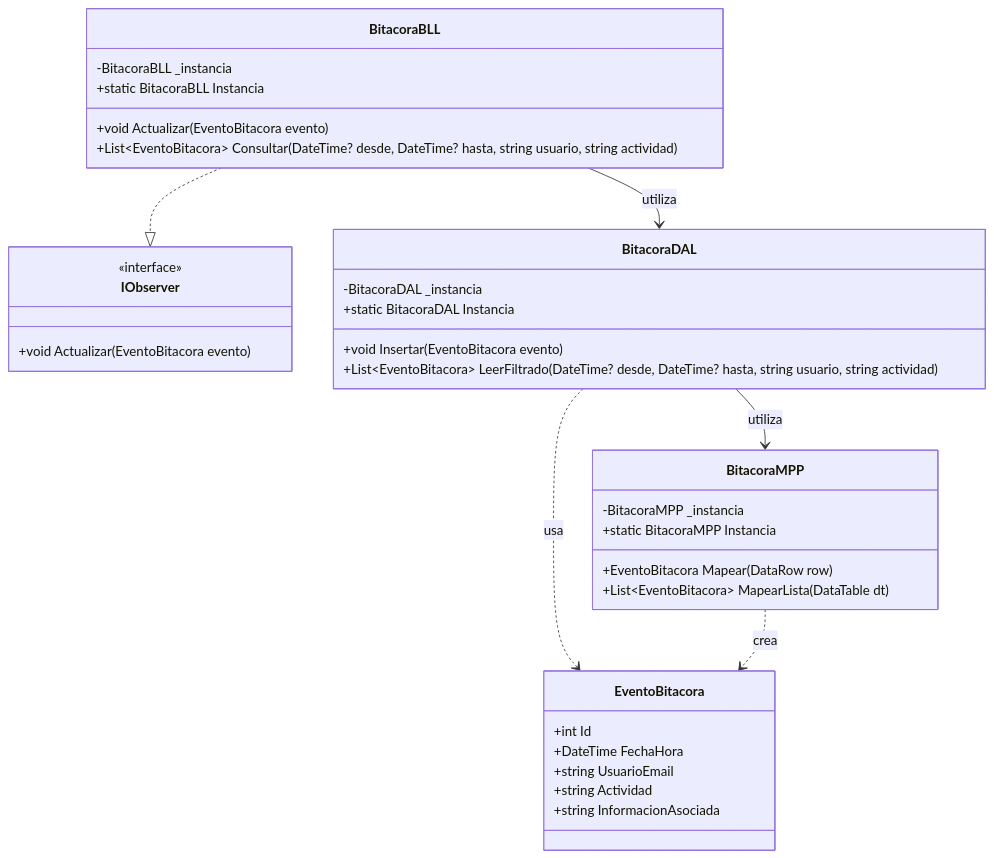
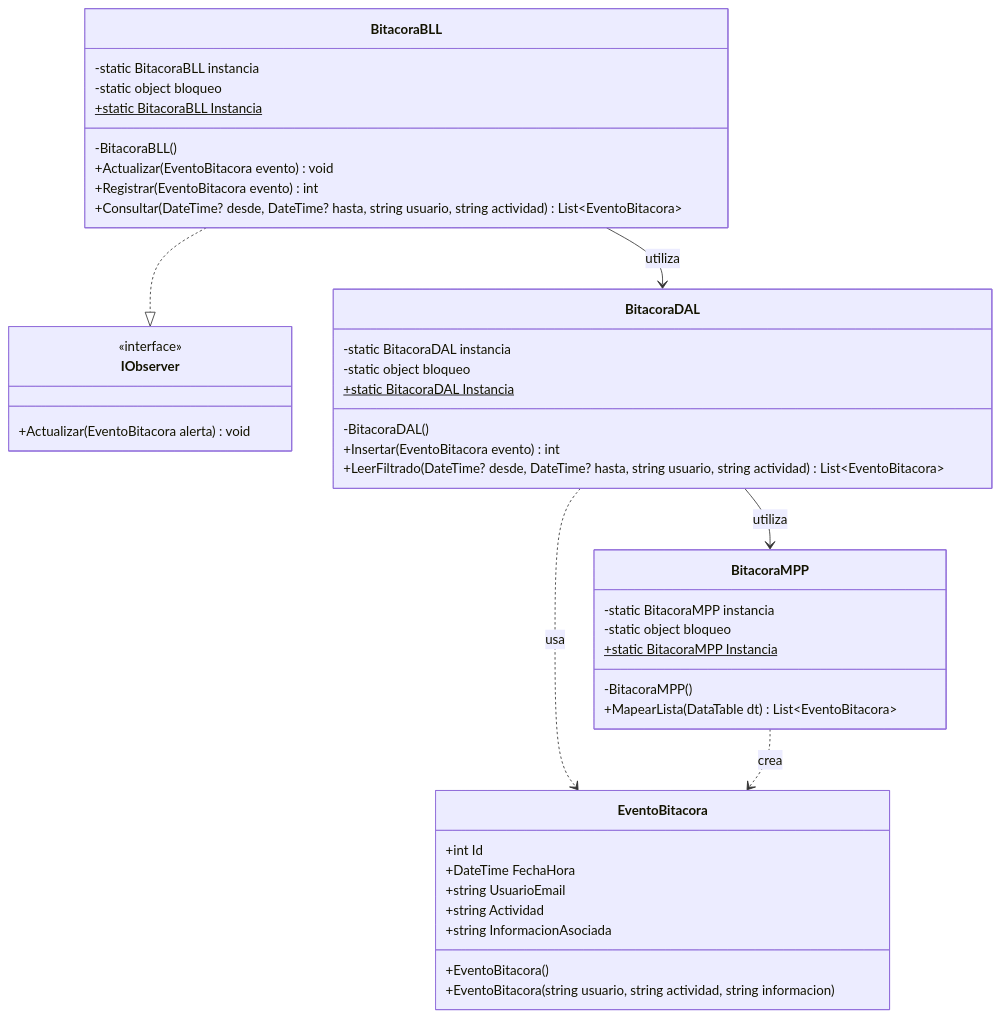
Before and after one commit to condenl/Trabajo-Practico-Final: diagram 14 of 19 in Documentacion/Carpeta_Documentacion.md, drawn with Mermaid. The commit also changed other lines of this file and 3 other files, not shown here.

Commit message:
Cambios: + Diagramas de clase - indicar todos los metodos + DS incluir firmas + Agregar alta de idioma DS + Agregar idioma y cerrar sesion, reflejar cambios + Mantener el idioma seleccionado

````diff
--- a/Documentacion/Carpeta_Documentacion.md
+++ b/Documentacion/Carpeta_Documentacion.md
@@ -2334,42 +2429,50 @@
 ```mermaid
 classDiagram
     class BitacoraBLL {
-        -BitacoraBLL _instancia
-        +static BitacoraBLL Instancia
-        +void Actualizar(EventoBitacora evento)
-        +List~EventoBitacora~ Consultar(DateTime? desde, DateTime? hasta, string usuario, string actividad)
+        -static BitacoraBLL instancia
+        -static object bloqueo
+        -BitacoraBLL()
+        +static BitacoraBLL Instancia$
+        +Actualizar(EventoBitacora evento) void
+        +Registrar(EventoBitacora evento) int
+        +Consultar(DateTime? desde, DateTime? hasta, string usuario, string actividad) List~EventoBitacora~
     }
 
     class IObserver {
         <<interface>>
-        +void Actualizar(EventoBitacora evento)
+        +Actualizar(EventoBitacora alerta) void
     }
 
     class BitacoraDAL {
-        -BitacoraDAL _instancia
-        +static BitacoraDAL Instancia
-        +void Insertar(EventoBitacora evento)
-        +List~EventoBitacora~ LeerFiltrado(DateTime? desde, DateTime? hasta, string usuario, string actividad)
+        -static BitacoraDAL instancia
+        -static object bloqueo
+        -BitacoraDAL()
+        +static BitacoraDAL Instancia$
+        +Insertar(EventoBitacora evento) int
+        +LeerFiltrado(DateTime? desde, DateTime? hasta, string usuario, string actividad) List~EventoBitacora~
     }
 
     class BitacoraMPP {
-        -BitacoraMPP _instancia
-        +static BitacoraMPP Instancia
-        +EventoBitacora Mapear(DataRow row)
-        +List~EventoBitacora~ MapearLista(DataTable dt)
+        -static BitacoraMPP instancia
+        -static object bloqueo
+        -BitacoraMPP()
+        +static BitacoraMPP Instancia$
+        +MapearLista(DataTable dt) List~EventoBitacora~
     }
 
     class EventoBitacora {
         +int Id
         +DateTime FechaHora
         +string UsuarioEmail
         +string Actividad
         +string InformacionAsociada
+        +EventoBitacora()
+        +EventoBitacora(string usuario, string actividad, string informacion)
     }
 
     BitacoraBLL ..|> IObserver
     BitacoraBLL --> BitacoraDAL : utiliza
     BitacoraDAL --> BitacoraMPP : utiliza
     BitacoraDAL ..> EventoBitacora : usa
     BitacoraMPP ..> EventoBitacora : crea
 ```
````
